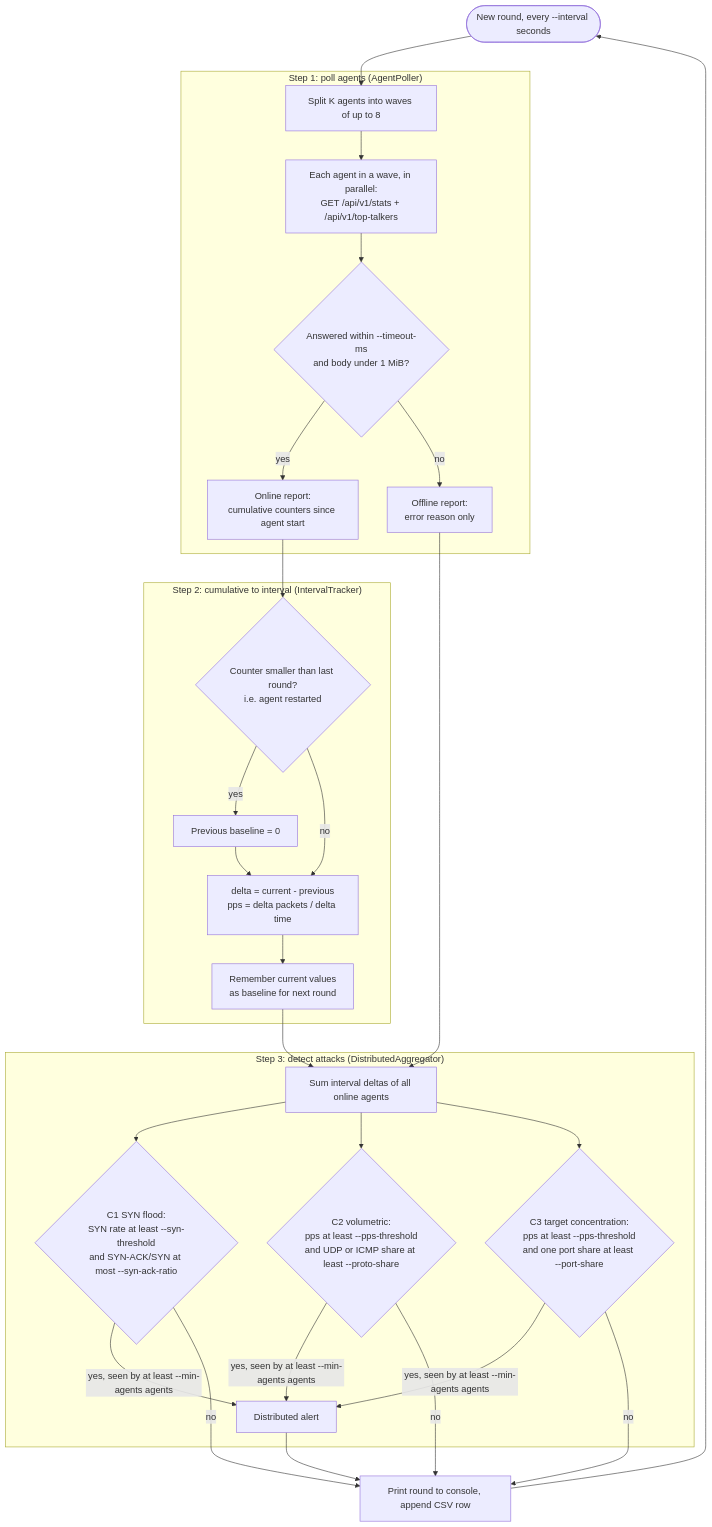
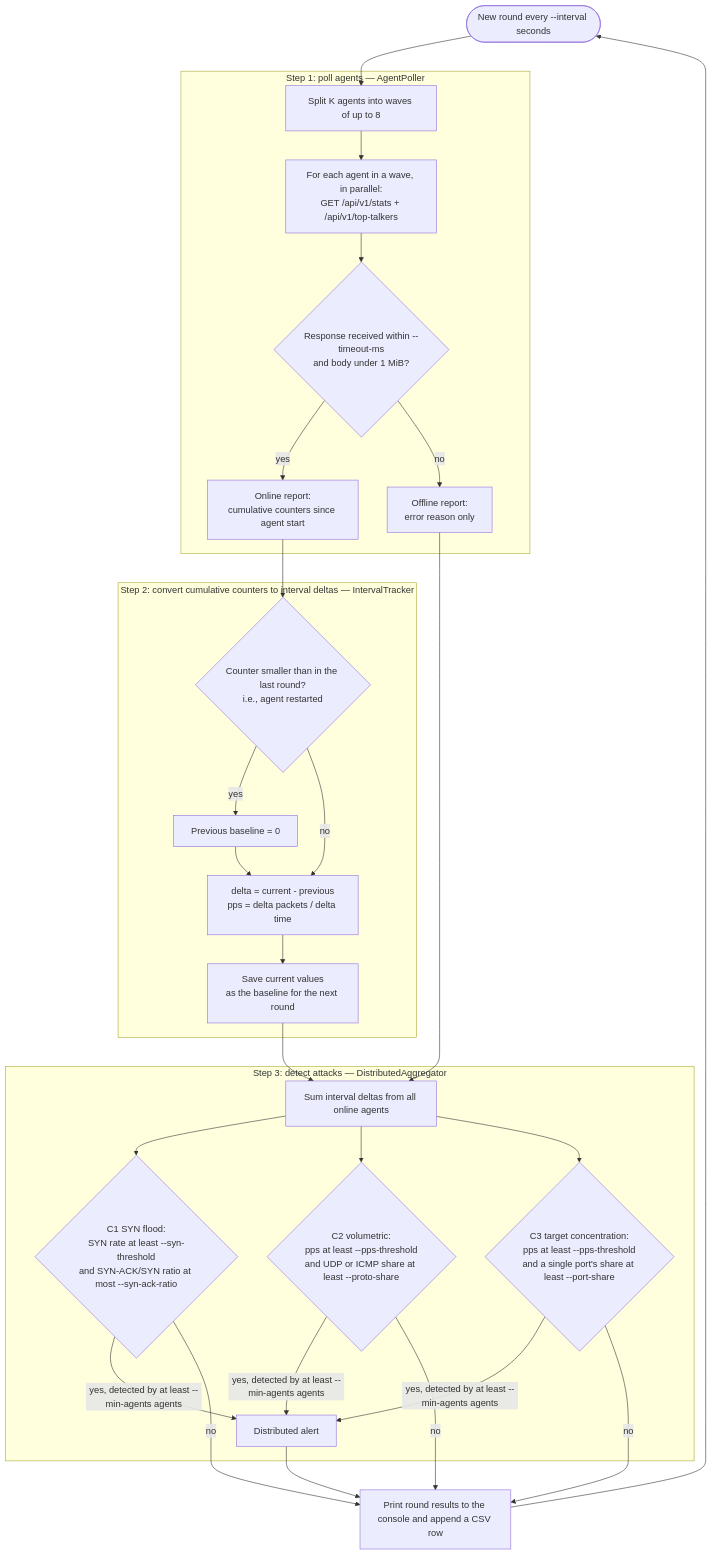
Before and after one commit to BohdanShkill/NetSight: the diagram in README.md, drawn with Mermaid.

Commit message:
Fix formatting in README.md for flowchart

````diff
--- a/README.md
+++ b/README.md
@@ -73,36 +73,36 @@
 ```mermaid
 flowchart TD
-    Start(["New round, every --interval seconds"]) --> Waves
+    Start([New round every --interval seconds]) --> Waves
 
-    subgraph S1["Step 1: poll agents (AgentPoller)"]
-        Waves["Split K agents into waves of up to 8"] --> Req["Each agent in a wave, in parallel:<br/>GET /api/v1/stats + /api/v1/top-talkers"]
-        Req --> Ok{"Answered within --timeout-ms<br/>and body under 1 MiB?"}
-        Ok -- yes --> Online["Online report:<br/>cumulative counters since agent start"]
-        Ok -- no --> Offline["Offline report:<br/>error reason only"]
+    subgraph S1[Step 1: poll agents — AgentPoller]
+        Waves[Split K agents into waves of up to 8] --> Req[For each agent in a wave, in parallel:<br/>GET /api/v1/stats + /api/v1/top-talkers]
+        Req --> Ok{Response received within --timeout-ms<br/>and body under 1 MiB?}
+        Ok -- yes --> Online[Online report:<br/>cumulative counters since agent start]
+        Ok -- no --> Offline[Offline report:<br/>error reason only]
     end
 
     Online --> Reset
 
-    subgraph S2["Step 2: cumulative to interval (IntervalTracker)"]
-        Reset{"Counter smaller than last round?<br/>i.e. agent restarted"}
-        Reset -- yes --> Zero["Previous baseline = 0"]
+    subgraph S2[Step 2: convert cumulative counters to interval deltas — IntervalTracker]
+        Reset{Counter smaller than in the last round?<br/>i.e., agent restarted}
+        Reset -- yes --> Zero[Previous baseline = 0]
         Reset -- no --> Delta
-        Zero --> Delta["delta = current - previous<br/>pps = delta packets / delta time"]
-        Delta --> Save["Remember current values<br/>as baseline for next round"]
+        Zero --> Delta[delta = current - previous<br/>pps = delta packets / delta time]
+        Delta --> Save[Save current values<br/>as the baseline for the next round]
     end
 
     Save --> Sum
     Offline --> Sum
 
-    subgraph S3["Step 3: detect attacks (DistributedAggregator)"]
-        Sum["Sum interval deltas of all online agents"] --> C1 & C2 & C3
-        C1{"C1 SYN flood:<br/>SYN rate at least --syn-threshold<br/>and SYN-ACK/SYN at most --syn-ack-ratio"}
-        C2{"C2 volumetric:<br/>pps at least --pps-threshold<br/>and UDP or ICMP share at least --proto-share"}
-        C3{"C3 target concentration:<br/>pps at least --pps-threshold<br/>and one port share at least --port-share"}
-        C1 & C2 & C3 -- "yes, seen by at least --min-agents agents" --> Alert["Distributed alert"]
+    subgraph S3[Step 3: detect attacks — DistributedAggregator]
+        Sum[Sum interval deltas from all online agents] --> C1 & C2 & C3
+        C1{C1 SYN flood:<br/>SYN rate at least --syn-threshold<br/>and SYN-ACK/SYN ratio at most --syn-ack-ratio}
+        C2{C2 volumetric:<br/>pps at least --pps-threshold<br/>and UDP or ICMP share at least --proto-share}
+        C3{C3 target concentration:<br/>pps at least --pps-threshold<br/>and a single port's share at least --port-share}
+        C1 & C2 & C3 -->|yes, detected by at least --min-agents agents| Alert[Distributed alert]
     end
 
     Alert --> Out
     C1 & C2 & C3 -- no --> Out
-    Out["Print round to console, append CSV row"] --> Start
+    Out[Print round results to the console and append a CSV row] --> Start
 ```
````
